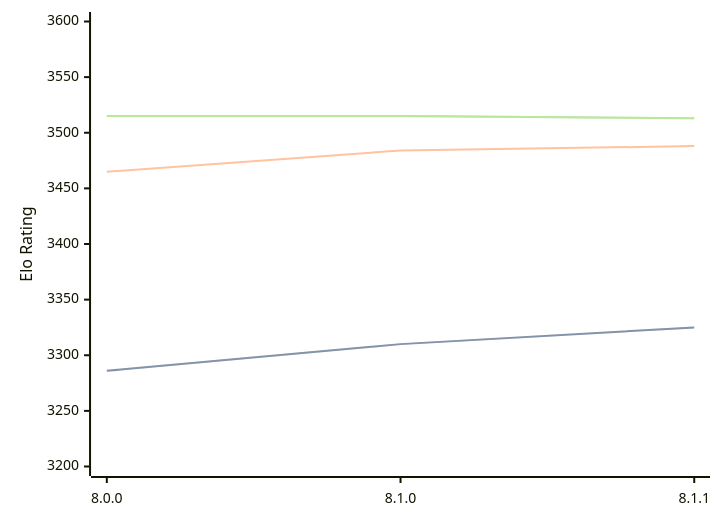
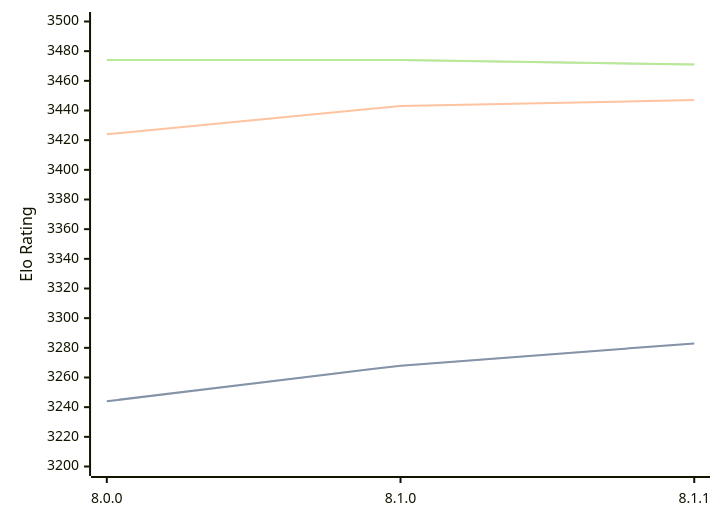
One commit to computer-chess-index/cci changed the diagram in engines/Velvet.md. Above: the diagram before and after it, drawn with Mermaid. The commit also changed other lines of this file, not shown here.

Commit message:
Update CCI Ratings (ELO VLTC) - 2026-05-19

````diff
--- a/engines/Velvet.md
+++ b/engines/Velvet.md
@@ -57,11 +57,11 @@
 ```mermaid
 %%{init: {"theme":"base","themeVariables":{"seriesColors:['#a3a3a3','#222221','#faa371']}}}%%
 xychart-beta
   x-axis ["8.0.0", "8.1.0", "8.1.1"]
-  y-axis "Elo Rating" 3200 --> 3600
-  line "STC (8.0+0.08s)" [3286, 3310, 3325]
-  line "STC (8.0+0.08s)" [3286, 3310, 3325]
-  line "LTC (60.0+0.60s)" [3465, 3484, 3488]
-  line "VLTC (2m24s+1.12s)" [3515, 3515, 3513]
-  line "VLTC (2m24s+1.12s)" [3515, 3515, 3513]
+  y-axis "Elo Rating" 3200 --> 3500
+  line "STC (8.0+0.08s)" [3244, 3268, 3283]
+  line "STC (8.0+0.08s)" [3244, 3268, 3283]
+  line "LTC (60.0+0.60s)" [3424, 3443, 3447]
+  line "VLTC (2m24s+1.12s)" [3474, 3474, 3471]
+  line "VLTC (2m24s+1.12s)" [3474, 3474, 3471]
 ```
````
